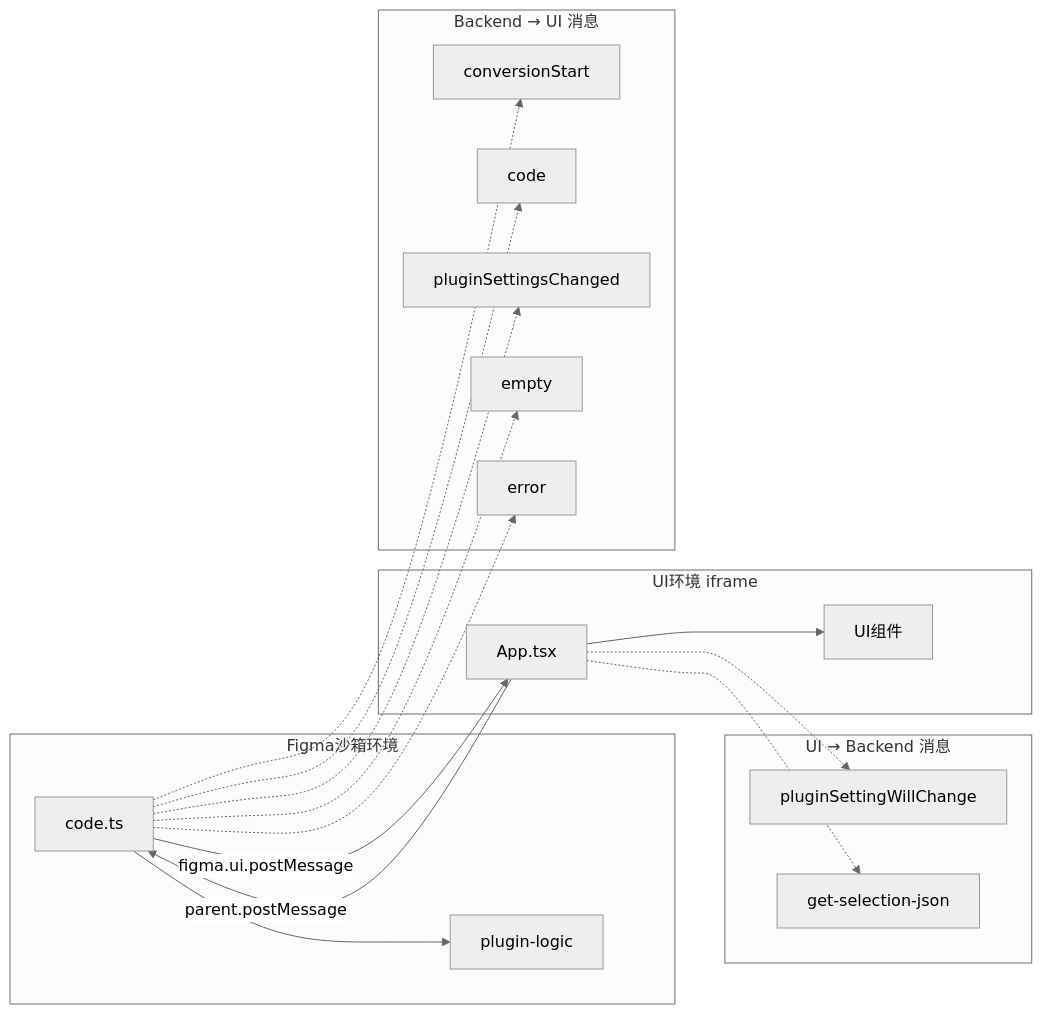
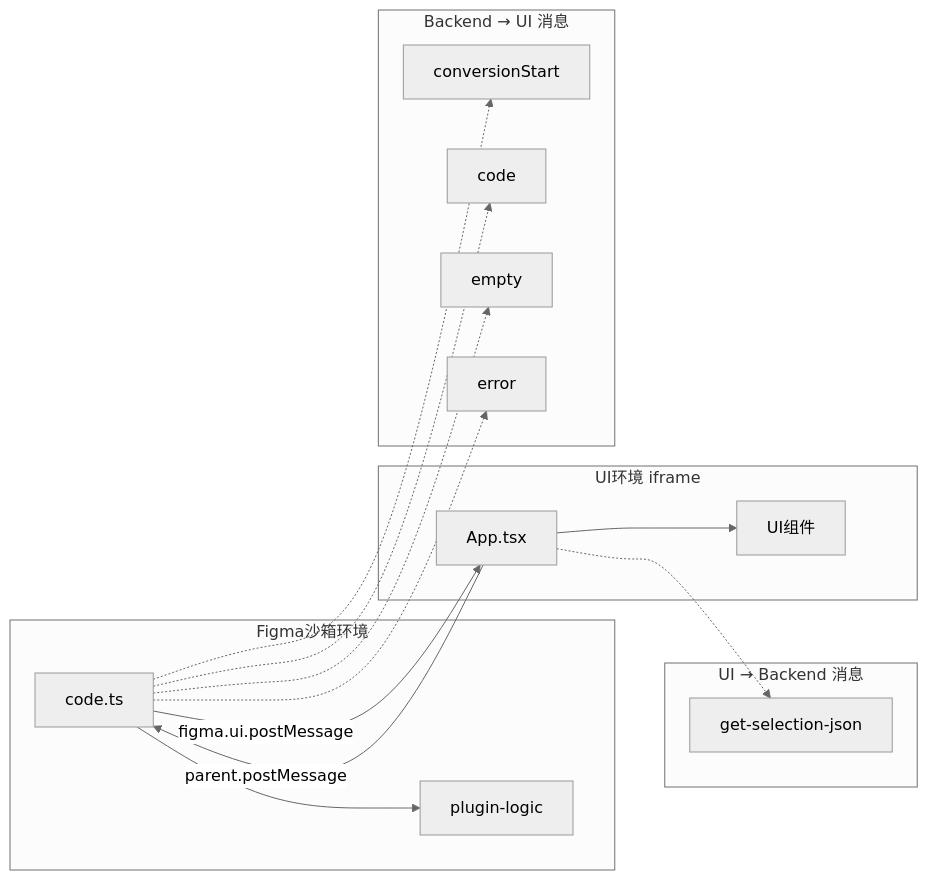
One commit to ziqingchuan/figma2code-plugin changed the fourth of 21 diagrams in 文档/架构图与类图.md. Above: the diagram before and after it, drawn with Mermaid (neutral theme). The commit also changed other lines of this file and 7 other files, not shown here.

````diff
--- a/文档/架构图与类图.md
+++ b/文档/架构图与类图.md
@@ -149,39 +145,35 @@
 ```mermaid
 graph LR
     subgraph "Figma沙箱环境"
         Backend[code.ts]
         Logic[plugin-logic]
         Backend --> Logic
     end
     
     subgraph "UI环境 iframe"
         UIApp[App.tsx]
         Components[UI组件]
         UIApp --> Components
     end
     
     Backend -->|figma.ui.postMessage| UIApp
     UIApp -->|parent.postMessage| Backend
     
     subgraph "Backend → UI 消息"
         M1[conversionStart]
         M2[code]
-        M3[pluginSettingsChanged]
         M4[empty]
         M5[error]
     end
     
     subgraph "UI → Backend 消息"
-        M6[pluginSettingWillChange]
         M7[get-selection-json]
     end
     
     Backend -.-> M1
     Backend -.-> M2
-    Backend -.-> M3
     Backend -.-> M4
     Backend -.-> M5
     
-    UIApp -.-> M6
     UIApp -.-> M7
 ```
````
